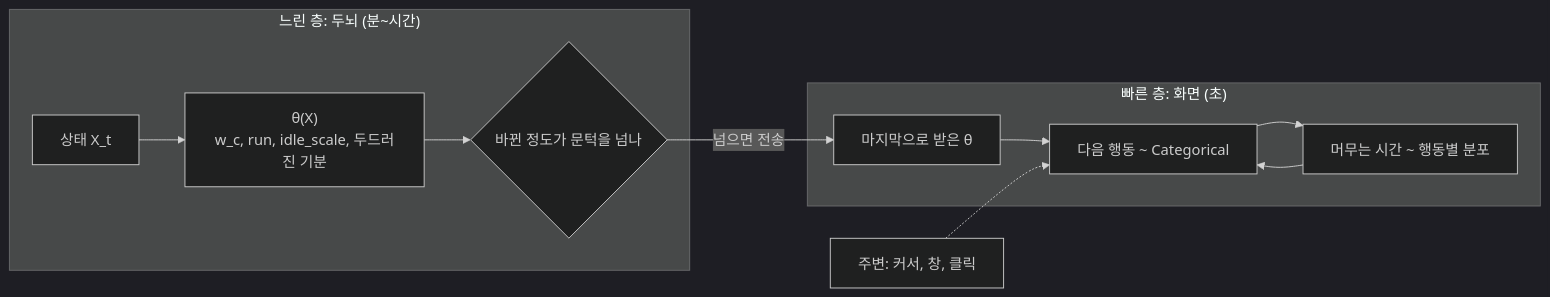
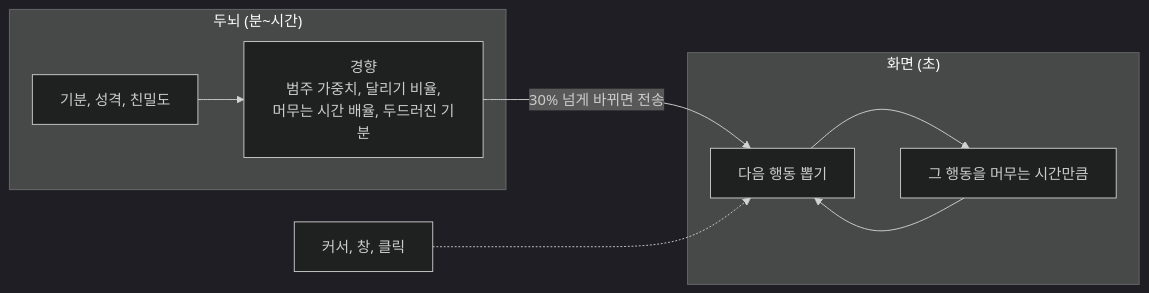
The seventh of 8 diagrams in ARCHITECTURE.md (HEOSEONGILml/AssistantChatBot), drawn with Mermaid (dark theme) before and after one commit. The commit also changed other lines of this file and 6 other files, not shown here.

````diff
--- a/ARCHITECTURE.md
+++ b/ARCHITECTURE.md
@@ -336,14 +268,12 @@
 ```mermaid
 flowchart LR
-  subgraph SLOW["느린 층: 두뇌 (분~시간)"]
-    X["상태 X_t"] --> TH["θ(X)<br>w_c, run, idle_scale, 두드러진 기분"]
-    TH --> DB{"바뀐 정도가 문턱을 넘나"}
+  subgraph SLOW["두뇌 (분~시간)"]
+    X["기분, 성격, 친밀도"] --> TH["경향<br>범주 가중치, 달리기 비율,<br>머무는 시간 배율, 두드러진 기분"]
   end
-  subgraph FAST["빠른 층: 화면 (초)"]
-    HOLD["마지막으로 받은 θ"] --> CAT["다음 행동 ~ Categorical"]
-    CAT --> DW["머무는 시간 ~ 행동별 분포"]
+  subgraph FAST["화면 (초)"]
+    CAT["다음 행동 뽑기"] --> DW["그 행동을 머무는 시간만큼"]
     DW --> CAT
   end
-  DB -->|"넘으면 전송"| HOLD
-  CTX["주변: 커서, 창, 클릭"] -.-> CAT
+  TH -->|"30% 넘게 바뀌면 전송"| CAT
+  CTX["커서, 창, 클릭"] -.-> CAT
 ```
````
